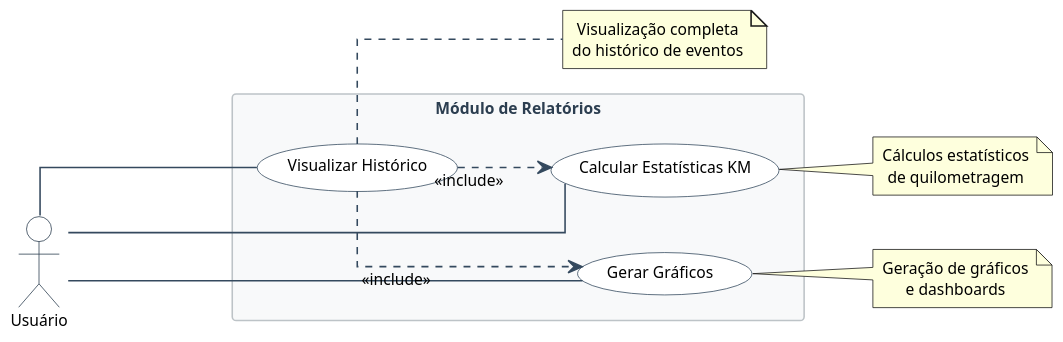
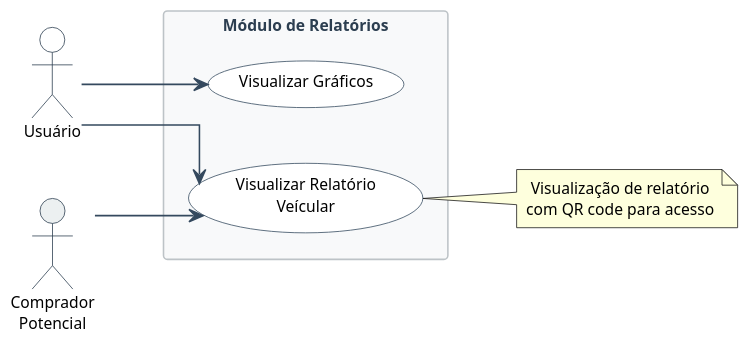
The diagram in docs/use_case_diagram/dash_module.puml (Pellegr1n1/autologger-services), drawn with PlantUML before and after one commit. The commit also changed 9 other files, not shown here.

Commit message:
use case diagram fix

```diff
--- a/docs/use_case_diagram/dash_module.puml
+++ b/docs/use_case_diagram/dash_module.puml
@@ -1,48 +1,45 @@
 @startuml dash_module
 
 left to right direction
 
 skinparam {
     usecaseFontSize 12
     usecaseFontName "Segoe UI"
     usecaseBackgroundColor #FFFFFF
     usecaseBorderColor #34495E
     actorBackgroundColor #FFFFFF
     actorBorderColor #2C3E50
     actorFontName "Segoe UI"
     actorFontSize 12
     arrowColor #34495E
     rectangleBackgroundColor #F8F9FA
     rectangleBorderColor #BDC3C7
     rectangleFontColor #2C3E50
     rectangleFontName "Segoe UI"
     rectangleFontSize 13
     defaultTextAlignment center
     wrapWidth 200
     dpi 150
     shadowing false
     linetype ortho
     defaultFontName "Segoe UI"
     defaultFontSize 10
 }
 
 actor "Usuário" as User #FFFFFF
+actor "Comprador\nPotencial" as Buyer #ECF0F1
+
 
 rectangle "Módulo de Relatórios" #F8F9FA {
-    (Visualizar Histórico) as UC12
-    (Calcular Estatísticas KM) as UC13
-    (Gerar Gráficos) as UC14
+    (Visualizar Gráficos) as UC14
+    (Visualizar Relatório\nVeícular) as UC19
 }
 
-User --- UC12
-User --- UC13
-User --- UC14
+User --> UC14
+Buyer --> UC19
+User --> UC19
 
-UC12 ..> UC13 : <<include>>
-UC12 ..> UC14 : <<include>>
 
-note right of UC12 : Visualização completa\ndo histórico de eventos
-note right of UC13 : Cálculos estatísticos\nde quilometragem
-note right of UC14 : Geração de gráficos\ne dashboards
+note right of UC19 : Visualização de relatório\ncom QR code para acesso
 
 @enduml
```
